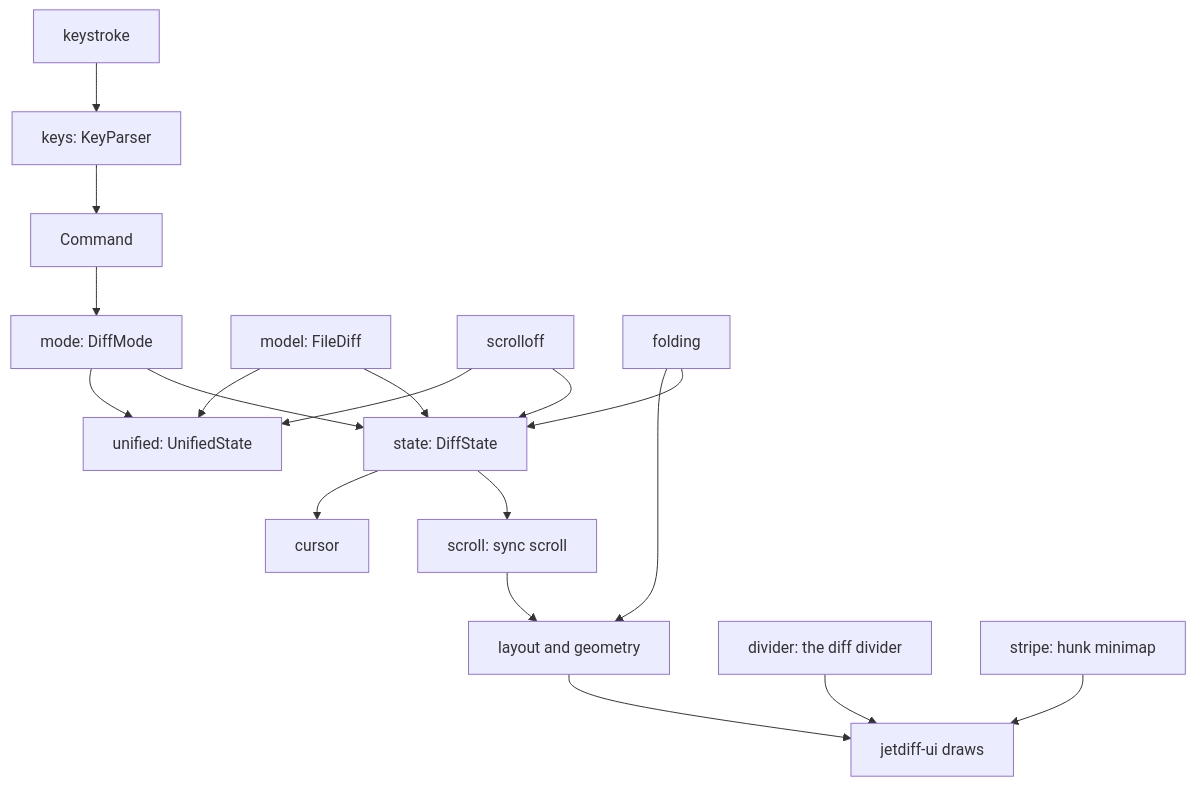
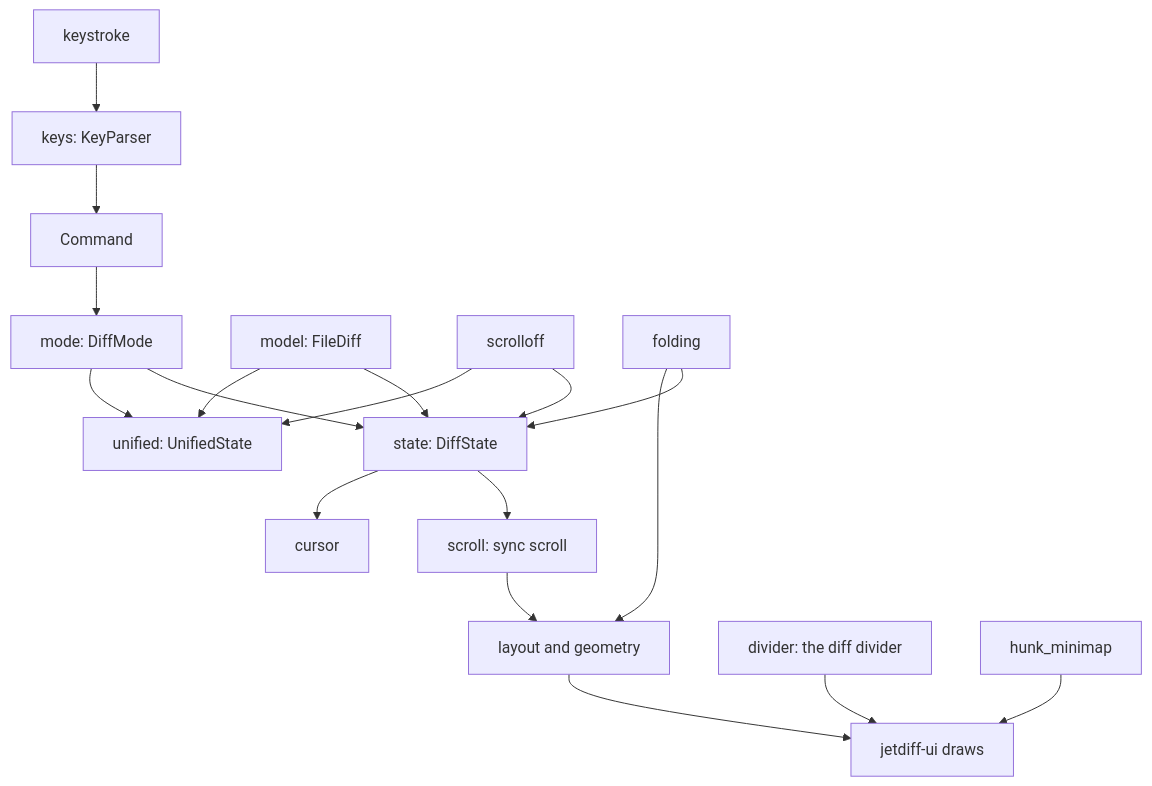
Before and after one commit to akemkers/jetdiff: the diagram in crates/jetdiff-viewmodel/README.md, drawn with Mermaid. The commit also changed other lines of this file and 96 other files, not shown here.

````diff
--- a/crates/jetdiff-viewmodel/README.md
+++ b/crates/jetdiff-viewmodel/README.md
@@ -38,20 +38,20 @@
 ```mermaid
 graph TD
     key[keystroke] --> keys[keys: KeyParser]
     keys --> cmd[Command]
     cmd --> mode[mode: DiffMode]
     mode --> state[state: DiffState]
     mode --> unified[unified: UnifiedState]
     model[model: FileDiff] --> state
     model --> unified
     scrolloff[scrolloff] --> state
     scrolloff --> unified
     folding[folding] --> state
     state --> scroll[scroll: sync scroll]
     state --> cursor[cursor]
     scroll --> layout[layout and geometry]
     folding --> layout
     layout --> ui[jetdiff-ui draws]
     divider[divider: the diff divider] --> ui
-    stripe[stripe: hunk minimap] --> ui
+    hunk_minimap[hunk_minimap] --> ui
 ```
````
